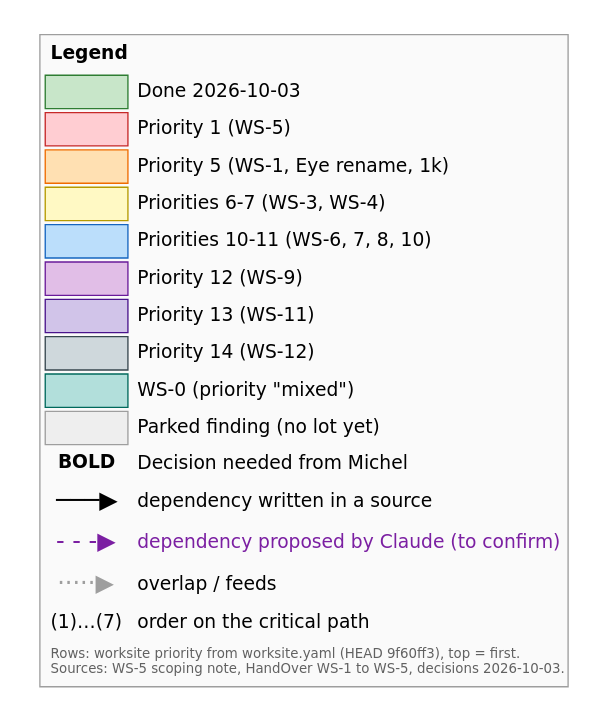
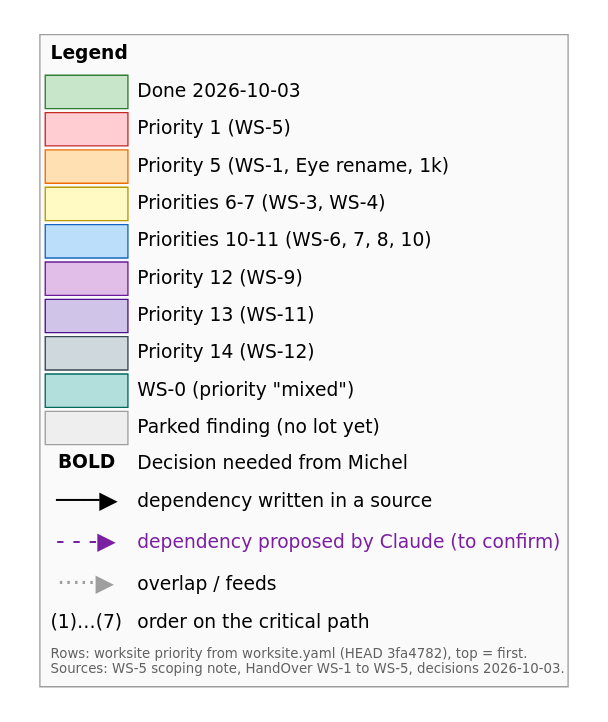
The diagram in ontology/docs/_01_Worksite/WS-5/Next_Conversation_2026-10-03/legend.dot (Echopraxium/tscg), drawn with Graphviz before and after one commit. The commit also changed 53 other files, not shown here.

```diff
--- a/ontology/docs/_01_Worksite/WS-5/Next_Conversation_2026-10-03/legend.dot
+++ b/ontology/docs/_01_Worksite/WS-5/Next_Conversation_2026-10-03/legend.dot
@@ -1,24 +1,24 @@
 digraph L {
   graph [fontname="DejaVu Sans", pad=0.2, bgcolor="white"];
   node [shape=plaintext, fontname="DejaVu Sans"];
   leg [label=<
   <TABLE BORDER="1" COLOR="#9e9e9e" CELLBORDER="0" CELLSPACING="3" CELLPADDING="4" BGCOLOR="#fafafa">
     <TR><TD COLSPAN="2" ALIGN="LEFT"><B>Legend</B></TD></TR>
     <TR><TD BGCOLOR="#c8e6c9" BORDER="1" COLOR="#2e7d32" WIDTH="36"> </TD><TD ALIGN="LEFT">Done 2026-10-03</TD></TR>
     <TR><TD BGCOLOR="#ffcdd2" BORDER="1" COLOR="#c62828"> </TD><TD ALIGN="LEFT">Priority 1 (WS-5)</TD></TR>
     <TR><TD BGCOLOR="#ffe0b2" BORDER="1" COLOR="#ef6c00"> </TD><TD ALIGN="LEFT">Priority 5 (WS-1, Eye rename, 1k)</TD></TR>
     <TR><TD BGCOLOR="#fff9c4" BORDER="1" COLOR="#b59a00"> </TD><TD ALIGN="LEFT">Priorities 6-7 (WS-3, WS-4)</TD></TR>
     <TR><TD BGCOLOR="#bbdefb" BORDER="1" COLOR="#1565c0"> </TD><TD ALIGN="LEFT">Priorities 10-11 (WS-6, 7, 8, 10)</TD></TR>
     <TR><TD BGCOLOR="#e1bee7" BORDER="1" COLOR="#6a1b9a"> </TD><TD ALIGN="LEFT">Priority 12 (WS-9)</TD></TR>
     <TR><TD BGCOLOR="#d1c4e9" BORDER="1" COLOR="#4a148c"> </TD><TD ALIGN="LEFT">Priority 13 (WS-11)</TD></TR>
     <TR><TD BGCOLOR="#cfd8dc" BORDER="1" COLOR="#37474f"> </TD><TD ALIGN="LEFT">Priority 14 (WS-12)</TD></TR>
     <TR><TD BGCOLOR="#b2dfdb" BORDER="1" COLOR="#00695c"> </TD><TD ALIGN="LEFT">WS-0 (priority "mixed")</TD></TR>
     <TR><TD BGCOLOR="#eeeeee" BORDER="1" COLOR="#9e9e9e"> </TD><TD ALIGN="LEFT">Parked finding (no lot yet)</TD></TR>
     <TR><TD ALIGN="CENTER"><B>BOLD</B></TD><TD ALIGN="LEFT">Decision needed from Michel</TD></TR>
     <TR><TD ALIGN="CENTER"><FONT POINT-SIZE="18">───▶</FONT></TD><TD ALIGN="LEFT">dependency written in a source</TD></TR>
     <TR><TD ALIGN="CENTER"><FONT POINT-SIZE="18" COLOR="#7b1fa2">- - -▶</FONT></TD><TD ALIGN="LEFT"><FONT COLOR="#7b1fa2">dependency proposed by Claude (to confirm)</FONT></TD></TR>
     <TR><TD ALIGN="CENTER"><FONT POINT-SIZE="18" COLOR="#9e9e9e">·····▶</FONT></TD><TD ALIGN="LEFT">overlap / feeds</TD></TR>
     <TR><TD ALIGN="CENTER">(1)…(7)</TD><TD ALIGN="LEFT">order on the critical path</TD></TR>
-    <TR><TD COLSPAN="2" ALIGN="LEFT"><FONT POINT-SIZE="10" COLOR="#616161">Rows: worksite priority from worksite.yaml (HEAD 9f60ff3), top = first.<BR ALIGN="LEFT"/>Sources: WS-5 scoping note, HandOver WS-1 to WS-5, decisions 2026-10-03.<BR ALIGN="LEFT"/></FONT></TD></TR>
+    <TR><TD COLSPAN="2" ALIGN="LEFT"><FONT POINT-SIZE="10" COLOR="#616161">Rows: worksite priority from worksite.yaml (HEAD 3fa4782), top = first.<BR ALIGN="LEFT"/>Sources: WS-5 scoping note, HandOver WS-1 to WS-5, decisions 2026-10-03.<BR ALIGN="LEFT"/></FONT></TD></TR>
   </TABLE>>];
 }
```
